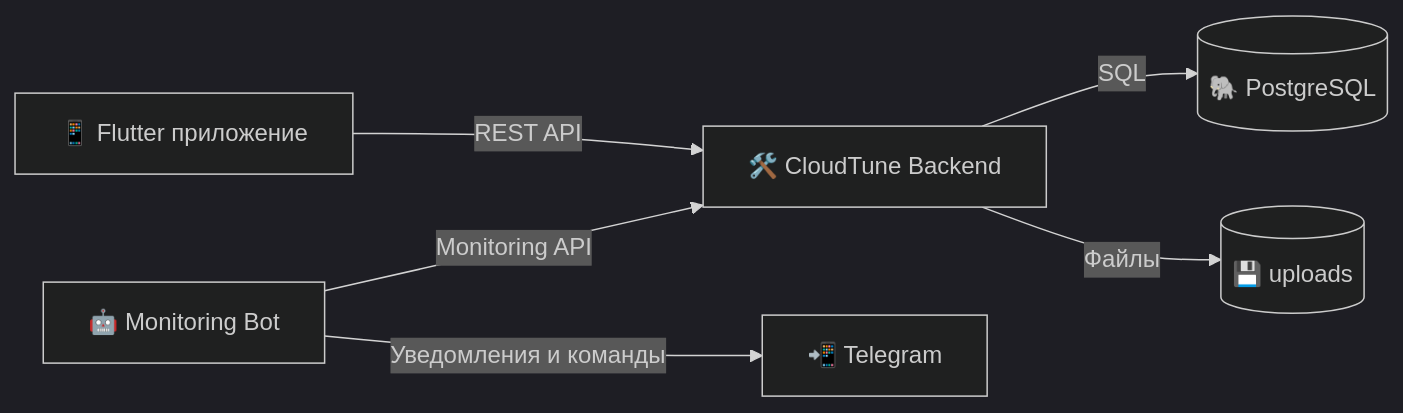
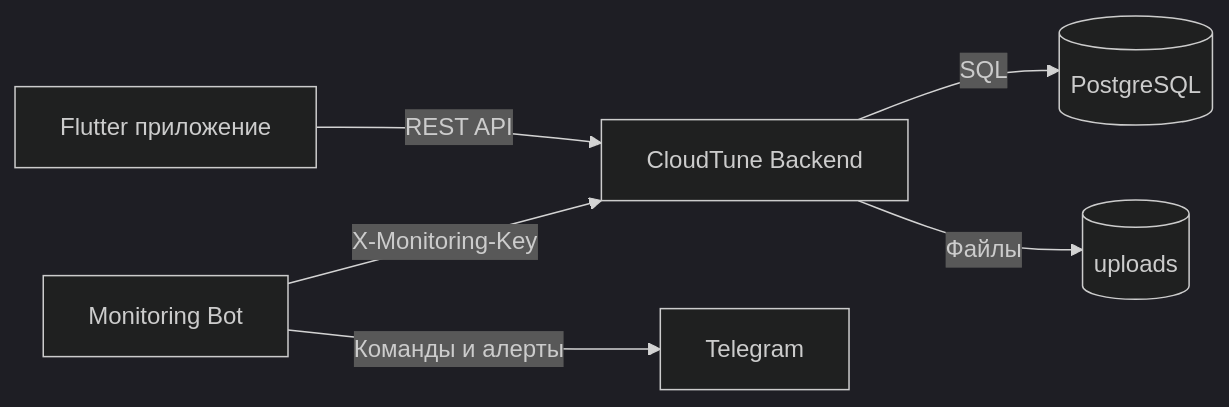
The diagram in README.md (epitaph76/cloudtune), drawn with Mermaid (dark theme) before and after one commit. The commit also changed other lines of this file and 10 other files, not shown here.

````diff
--- a/README.md
+++ b/README.md
@@ -29,8 +34,8 @@
 ```mermaid
 flowchart LR
-    A[📱 Flutter приложение] -->|REST API| B[🛠️ CloudTune Backend]
-    B -->|SQL| C[(🐘 PostgreSQL)]
-    B -->|Файлы| D[(💾 uploads)]
-    E[🤖 Monitoring Bot] -->|Monitoring API| B
-    E -->|Уведомления и команды| F[📲 Telegram]
+    A[Flutter приложение] -->|REST API| B[CloudTune Backend]
+    B -->|SQL| C[(PostgreSQL)]
+    B -->|Файлы| D[(uploads)]
+    E[Monitoring Bot] -->|X-Monitoring-Key| B
+    E -->|Команды и алерты| F[Telegram]
 ```
````
